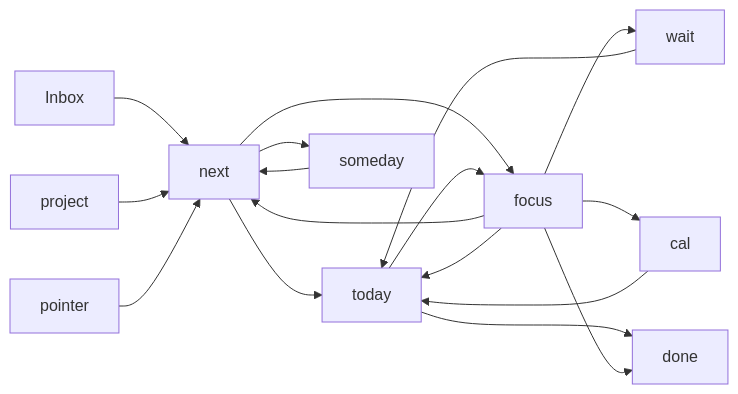
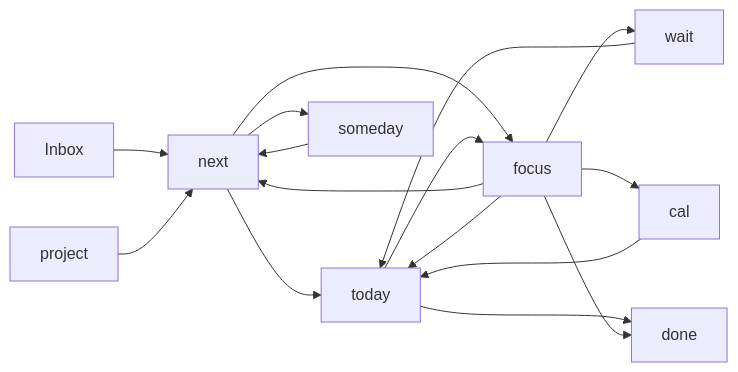
One commit to hattori-sat/job-utils changed the diagram in docs/design/gtd-state-graph.md. Above: the diagram before and after it, drawn with Mermaid. The commit also changed 29 other files, not shown here.

````diff
--- a/docs/design/gtd-state-graph.md
+++ b/docs/design/gtd-state-graph.md
@@ -7,19 +7,18 @@
 ```mermaid
 flowchart LR
     Inbox --> next
     next --> today
     next --> focus
     today --> focus
     focus --> next
     focus --> today
     focus --> wait
     focus --> cal
     wait --> today
     cal --> today
     today --> done
     focus --> done
     next --> someday
     someday --> next
     project --> next
-    pointer --> next
 ```
````
